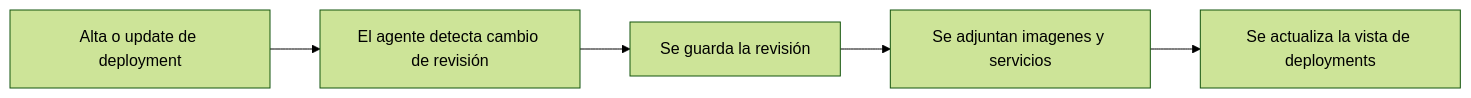
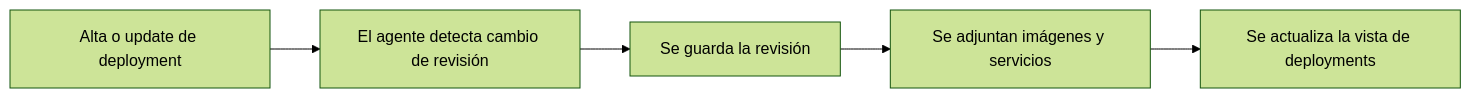
One commit to Moonin-Lab/Moonin-Docs changed the second of 2 diagrams in src/content/docs/es/deployments/index.md. Above: the diagram before and after it, drawn with Mermaid (forest theme). The commit also changed other lines of this file and 30 other files, not shown here.

````diff
--- a/src/content/docs/es/deployments/index.md
+++ b/src/content/docs/es/deployments/index.md
@@ -57,10 +57,10 @@
 ```mermaid
 flowchart LR
     A[Alta o update de deployment]
     B[El agente detecta cambio de revisión]
     C[Se guarda la revisión]
-    D[Se adjuntan imagenes y servicios]
+    D[Se adjuntan imágenes y servicios]
     E[Se actualiza la vista de deployments]
 
     A --> B --> C --> D --> E
 ```
````
